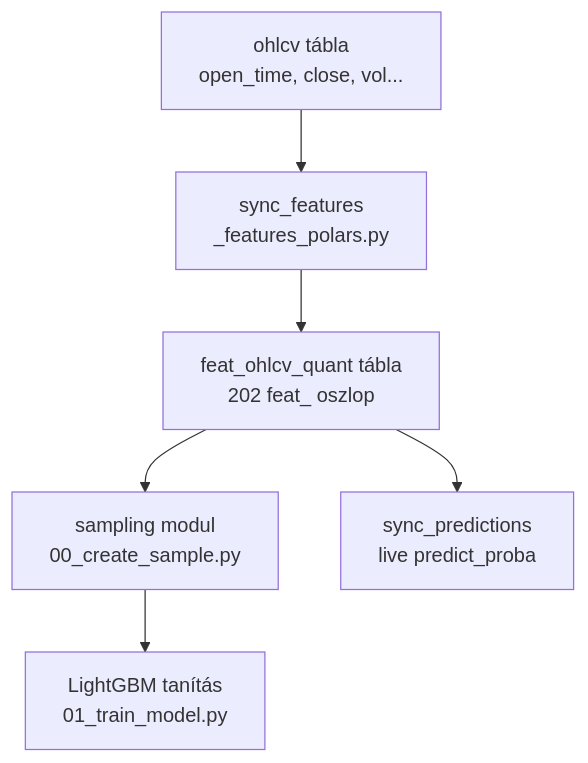
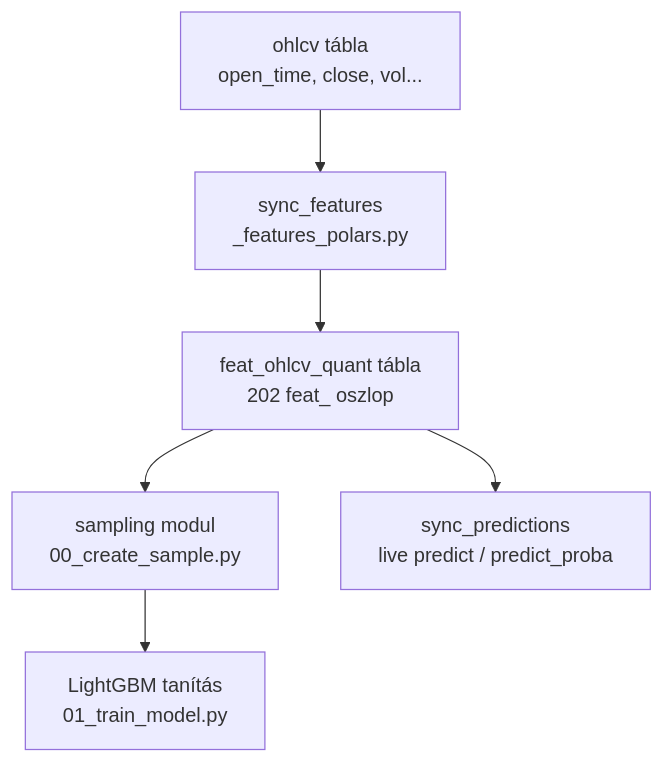
The first of 4 diagrams in _doc_/2000_features.md (Nemesis14/chronoquant), drawn with Mermaid before and after one commit. The commit also changed 973 other files, not shown here.

````diff
--- a/_doc_/2000_features.md
+++ b/_doc_/2000_features.md
@@ -11,8 +11,8 @@
 ```mermaid
 flowchart TD
   A[ohlcv tábla\nopen_time, close, vol...] --> B[sync_features\n_features_polars.py]
   B --> C[feat_ohlcv_quant tábla\n202 feat_ oszlop]
   C --> D[sampling modul\n00_create_sample.py]
   D --> E[LightGBM tanítás\n01_train_model.py]
-  C --> F[sync_predictions\nlive predict_proba]
+  C --> F[sync_predictions\nlive predict / predict_proba]
 ```
````
